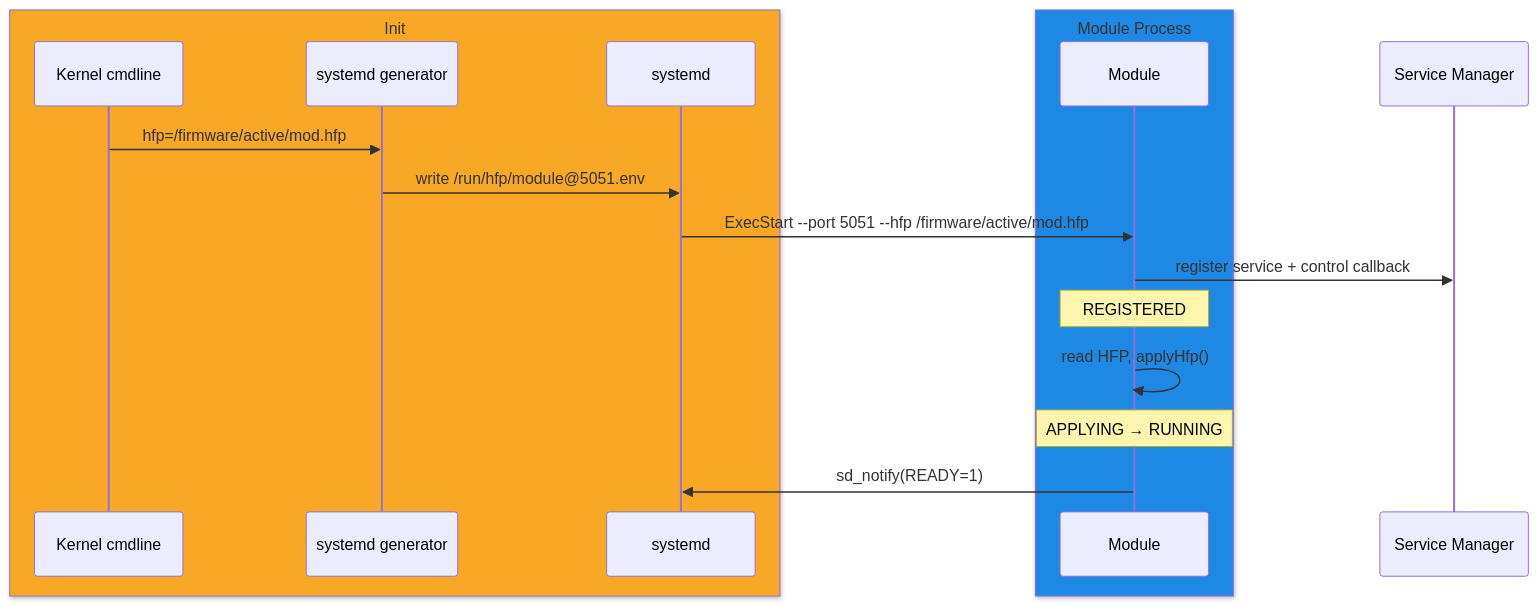
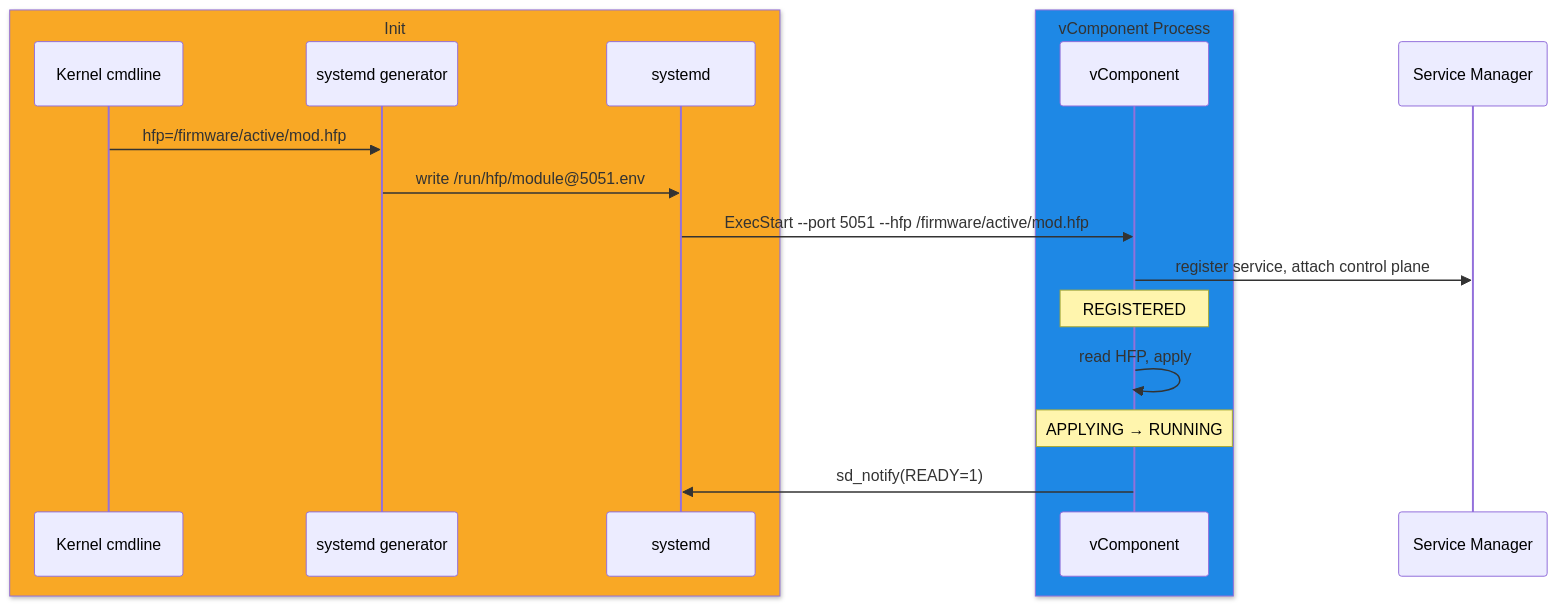
One commit to rdkcentral/rdk-halif-aidl changed the third of 4 diagrams in docs/vsi/boot_sequence/current/module_boot_sequence.md. Above: the diagram before and after it, drawn with Mermaid. The commit also changed other lines of this file, not shown here.

First line of the commit message:
docs(vsi): correct HFP delivery — control plane YAML, not Binder

````diff
--- a/docs/vsi/boot_sequence/current/module_boot_sequence.md
+++ b/docs/vsi/boot_sequence/current/module_boot_sequence.md
@@ -149,21 +144,21 @@
 ```mermaid
 sequenceDiagram
     box rgb(249,168,37) Init
         participant Kernel as Kernel cmdline
         participant Gen as systemd generator
         participant Systemd as systemd
     end
-    box rgb(30,136,229) Module Process
-        participant Module as Module
+    box rgb(30,136,229) vComponent Process
+        participant Module as vComponent
     end
     participant SM as Service Manager
 
     Kernel->>Gen: hfp=/firmware/active/mod.hfp
     Gen->>Systemd: write /run/hfp/module@5051.env
     Systemd->>Module: ExecStart --port 5051 --hfp /firmware/active/mod.hfp
-    Module->>SM: register service + control callback
+    Module->>SM: register service, attach control plane
     Note over Module: REGISTERED
-    Module->>Module: read HFP, applyHfp()
+    Module->>Module: read HFP, apply
     Note over Module: APPLYING → RUNNING
     Module->>Systemd: sd_notify(READY=1)
 ```
````
